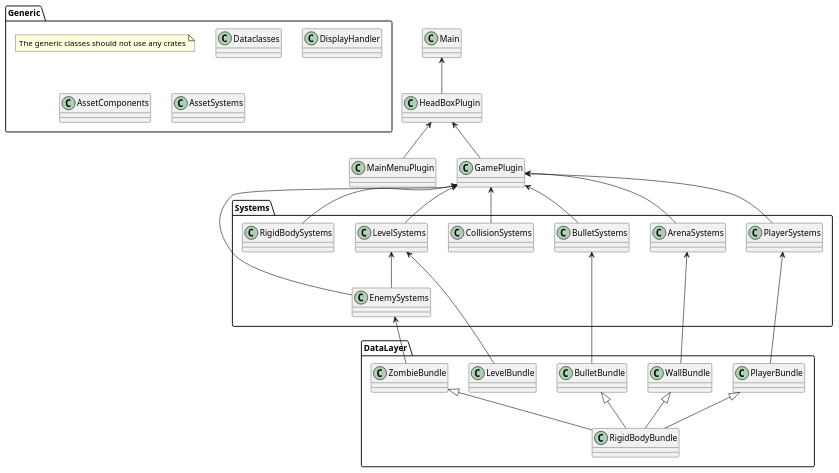
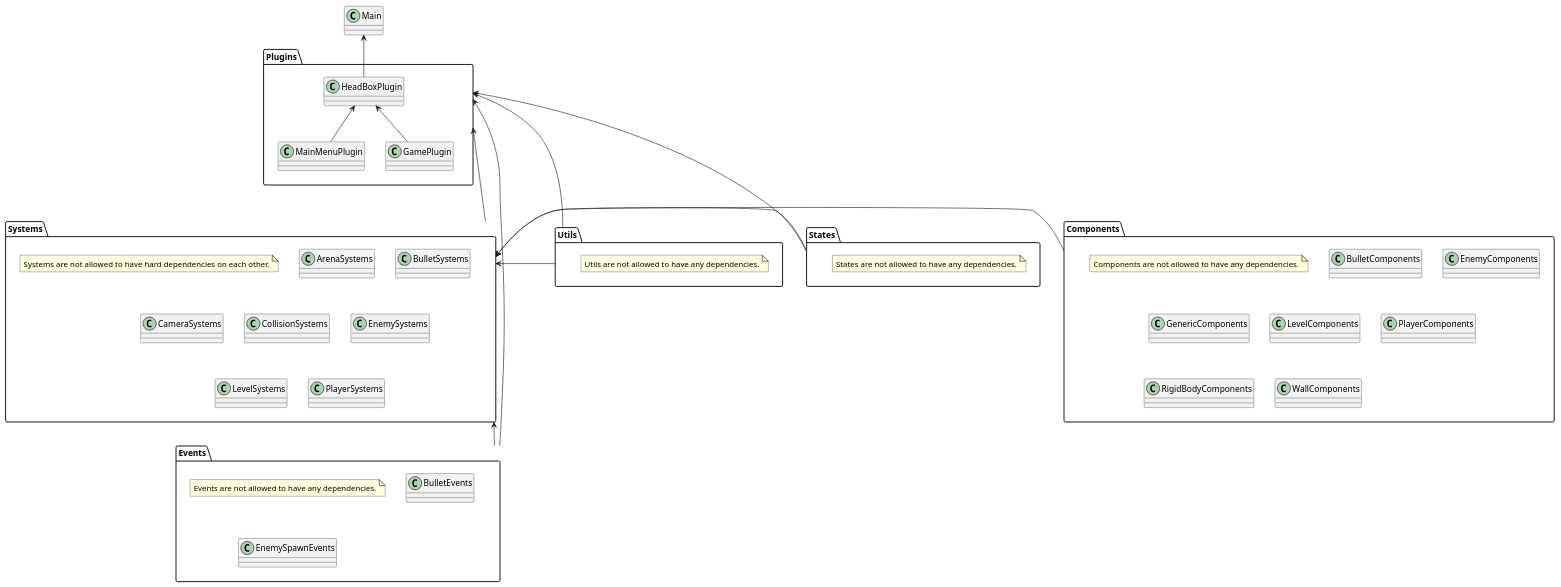
One commit to LuukHenk/head_box changed the diagram in docs/class_layout.puml. Above: the diagram before and after it, drawn with PlantUML. The commit also changed 25 other files, not shown here.

Commit message:
updated class diagram and restructured in_game classes

```diff
--- a/docs/class_layout.puml
+++ b/docs/class_layout.puml
@@ -1,61 +1,62 @@
 @startuml
+
 class Main
-class HeadBoxPlugin
-class MainMenuPlugin
-class GamePlugin
 
-
-package Generic {
-    note "The generic classes should not use any crates" as N1
-    class Dataclasses
-    class DisplayHandler
-    class AssetComponents
-    class AssetSystems
-}
-
-package Systems {
-    class PlayerSystems
-    class BulletSystems
-    class EnemySystems
-    class CollisionSystems
-    class LevelSystems
-    class RigidBodySystems
-    class ArenaSystems
-}
-
-package DataLayer {
-    class PlayerBundle
-    class BulletBundle
-    class ZombieBundle
-    class WallBundle
-    class LevelBundle
-    class RigidBodyBundle
-
+package Plugins {
+    class HeadBoxPlugin
+    class MainMenuPlugin
+    class GamePlugin
 }
 Main <-- HeadBoxPlugin
-
 HeadBoxPlugin <-- MainMenuPlugin
 HeadBoxPlugin <-- GamePlugin
 
-GamePlugin <-- PlayerSystems
-GamePlugin <-- BulletSystems
-GamePlugin <-- EnemySystems
-GamePlugin <-- CollisionSystems
-GamePlugin <-- LevelSystems
-GamePlugin <-- RigidBodySystems
-GamePlugin <-- ArenaSystems
+package Systems {
+    note "Systems are not allowed to have hard dependencies on each other." as N1
+    class ArenaSystems
+    class BulletSystems
+    class CameraSystems
+    class CollisionSystems
+    class EnemySystems
+    class LevelSystems
+    class PlayerSystems
+}
+Plugins <---- Systems
 
-PlayerSystems <-- PlayerBundle
-BulletSystems <-- BulletBundle
-EnemySystems <-- ZombieBundle
-ArenaSystems <-- WallBundle
-LevelSystems <-- LevelBundle
-LevelSystems <-- EnemySystems
+package Components {
+    note "Components are not allowed to have any dependencies." as N2
+    class BulletComponents
+    class EnemyComponents
+    class GenericComponents
+    class LevelComponents
+    class PlayerComponents
+    class RigidBodyComponents
+    class WallComponents
+}
+Systems <- Components
+
+package Events {
+    note "Events are not allowed to have any dependencies." as N3
+    class BulletEvents
+    class EnemySpawnEvents
+}
+
+Plugins <- Events
+Systems <- Events
+
+package Utils {
+    note "Utils are not allowed to have any dependencies." as N4
+}
+
+Plugins <- Utils
+Systems <- Utils
+
+package States {
+    note "States are not allowed to have any dependencies." as N5
+}
+
+Plugins <- States
+Systems <- States
 
 
-WallBundle <|-- RigidBodyBundle
-ZombieBundle <|-- RigidBodyBundle
-BulletBundle <|-- RigidBodyBundle
-PlayerBundle <|-- RigidBodyBundle
-
 @enduml
```
